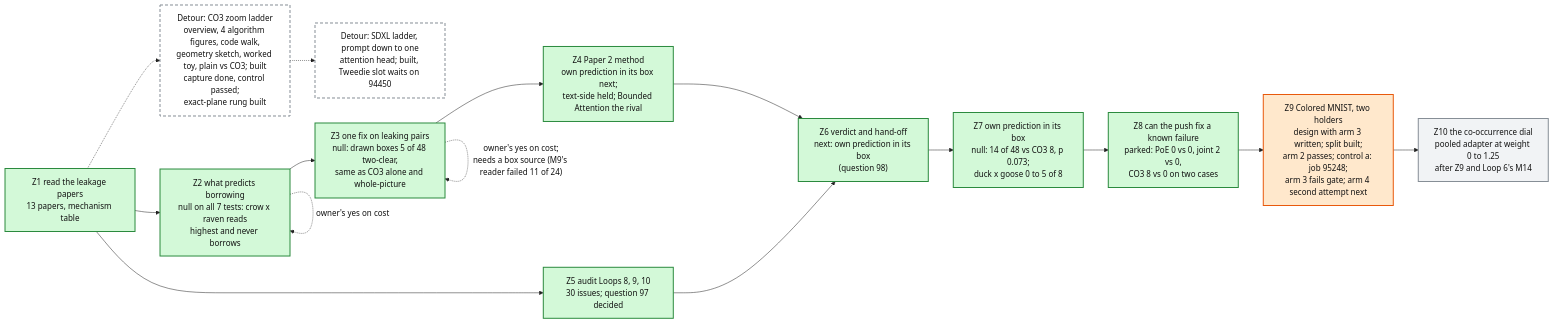
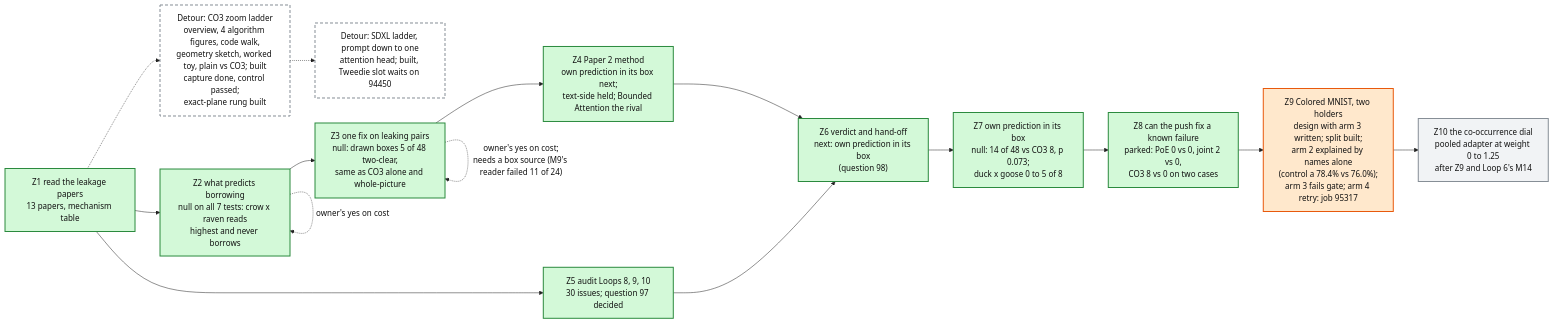
The diagram in artifacts/notes/progress/leakage/loop-12-progress.mmd (mo-rsa24/concept-composition), drawn with Mermaid before and after one commit. The commit also changed 1 other file, not shown here.

Commit message:
Loop 12 map: Z9 control a result

```diff
--- a/artifacts/notes/progress/leakage/loop-12-progress.mmd
+++ b/artifacts/notes/progress/leakage/loop-12-progress.mmd
@@ -1,28 +1,28 @@
 %%{init: {'theme': 'base', 'themeVariables': {'fontFamily': 'monospace', 'primaryColor': '#ffffff', 'primaryBorderColor': '#222222', 'primaryTextColor': '#111111', 'lineColor': '#222222'}}}%%
 flowchart LR
   Z1["Z1 read the leakage papers<br/>13 papers, mechanism table"]:::done
   Z2["Z2 what predicts borrowing<br/>null on all 7 tests: crow x raven reads<br/>highest and never borrows"]:::done
   Z3["Z3 one fix on leaking pairs<br/>null: drawn boxes 5 of 48 two-clear,<br/>same as CO3 alone and whole-picture"]:::done
   Z4["Z4 Paper 2 method<br/>own prediction in its box next;<br/>text-side held; Bounded Attention the rival"]:::done
   Z5["Z5 audit Loops 8, 9, 10<br/>30 issues; question 97 decided"]:::done
   Z6["Z6 verdict and hand-off<br/>next: own prediction in its box<br/>(question 98)"]:::done
   LAD["Detour: CO3 zoom ladder<br/>overview, 4 algorithm figures, code walk,<br/>geometry sketch, worked toy, plain vs CO3; built<br/>capture done, control passed;<br/>exact-plane rung built"]:::detour
   Z1 -.-> LAD
   SDX["Detour: SDXL ladder, prompt down to one<br/>attention head; built, Tweedie slot waits on 94450"]:::detour
   LAD -.-> SDX
   Z1 --> Z2 --> Z3 --> Z4 --> Z6
   Z1 --> Z5 --> Z6
   Z2 -. "owner's yes on cost" .-> Z2
   Z3 -. "owner's yes on cost;<br/>needs a box source (M9's reader failed 11 of 24)" .-> Z3
   Z7["Z7 own prediction in its box<br/>null: 14 of 48 vs CO3 8, p 0.073;<br/>duck x goose 0 to 5 of 8"]:::done
   Z6 --> Z7
   Z8["Z8 can the push fix a known failure<br/>parked: PoE 0 vs 0, joint 2 vs 0,<br/>CO3 8 vs 0 on two cases"]:::done
   Z7 --> Z8
-  Z9["Z9 Colored MNIST, two holders<br/>design with arm 3 written; split built;<br/>arm 2 passes; control a: job 95248;<br/>arm 3 fails gate; arm 4 second attempt next"]:::doing
+  Z9["Z9 Colored MNIST, two holders<br/>design with arm 3 written; split built;<br/>arm 2 explained by names alone<br/>(control a 78.4% vs 76.0%);<br/>arm 3 fails gate; arm 4 retry: job 95317"]:::doing
   Z8 --> Z9
   Z10["Z10 the co-occurrence dial<br/>pooled adapter at weight 0 to 1.25<br/>after Z9 and Loop 6's M14"]:::todo
   Z9 --> Z10
   classDef done fill:#d3f9d8,stroke:#2b8a3e,stroke-width:2px
   classDef doing fill:#ffe8cc,stroke:#e8590c,stroke-width:2px
   classDef detour fill:#ffffff,stroke:#868e96,stroke-width:2px,stroke-dasharray: 6 4
   classDef todo fill:#f1f3f5,stroke:#868e96,stroke-width:2px
```
